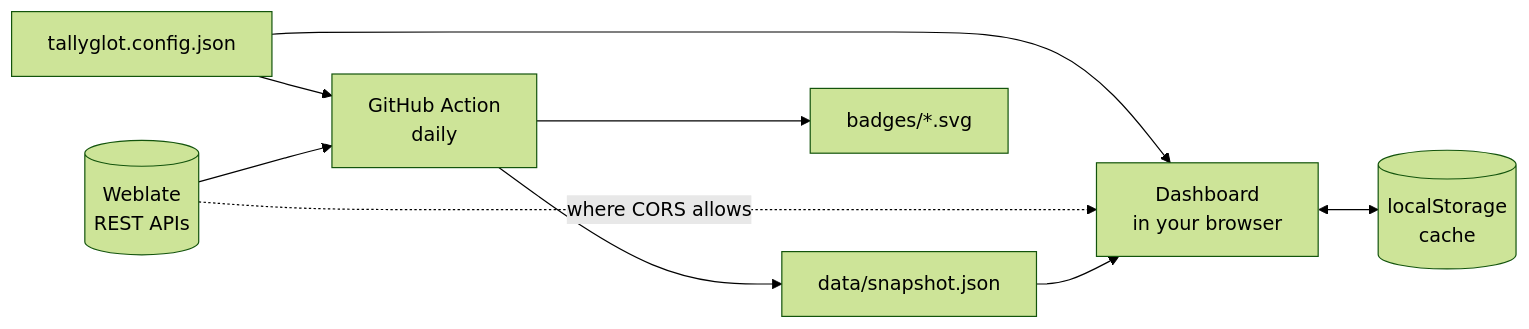
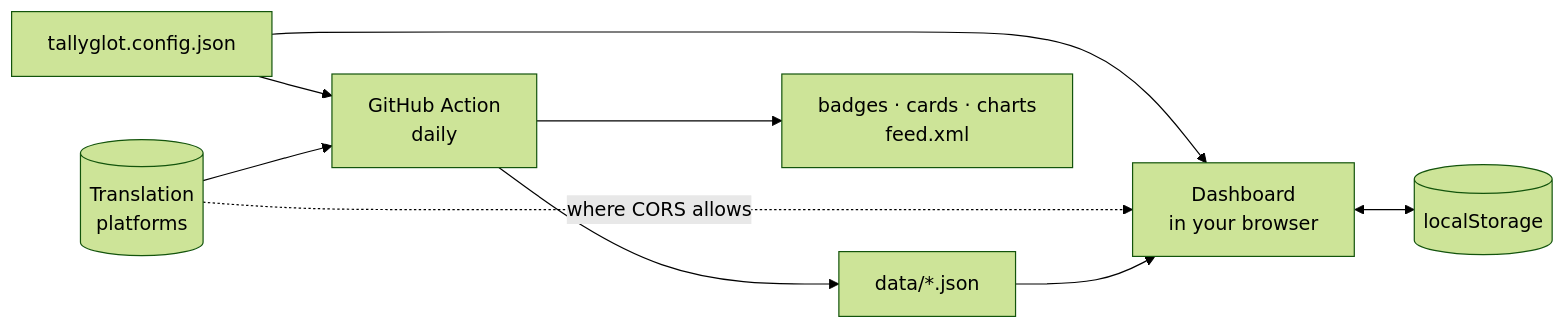
One commit to aubergine-ux/tallyglot changed the diagram in README.md. Above: the diagram before and after it, drawn with Mermaid (forest theme). The commit also changed other lines of this file and 22 other files, not shown here.

Commit message:
docs: new README, architecture guide, changelog and screenshots

````diff
--- a/README.md
+++ b/README.md
@@ -176,11 +463,11 @@
 ```mermaid
 flowchart LR
     C[tallyglot.config.json] --> A[GitHub Action<br>daily]
     C --> B[Dashboard<br>in your browser]
-    W[(Weblate<br>REST APIs)] --> A
-    W -. where CORS allows .-> B
-    A --> S[data/snapshot.json]
-    A --> G[badges/*.svg]
-    S --> B
-    B <--> L[(localStorage<br>cache)]
+    P[(Translation<br>platforms)] --> A
+    P -. where CORS allows .-> B
+    A --> D[data/*.json]
+    A --> I[badges · cards · charts<br>feed.xml]
+    D --> B
+    B <--> L[(localStorage)]
 ```
````
